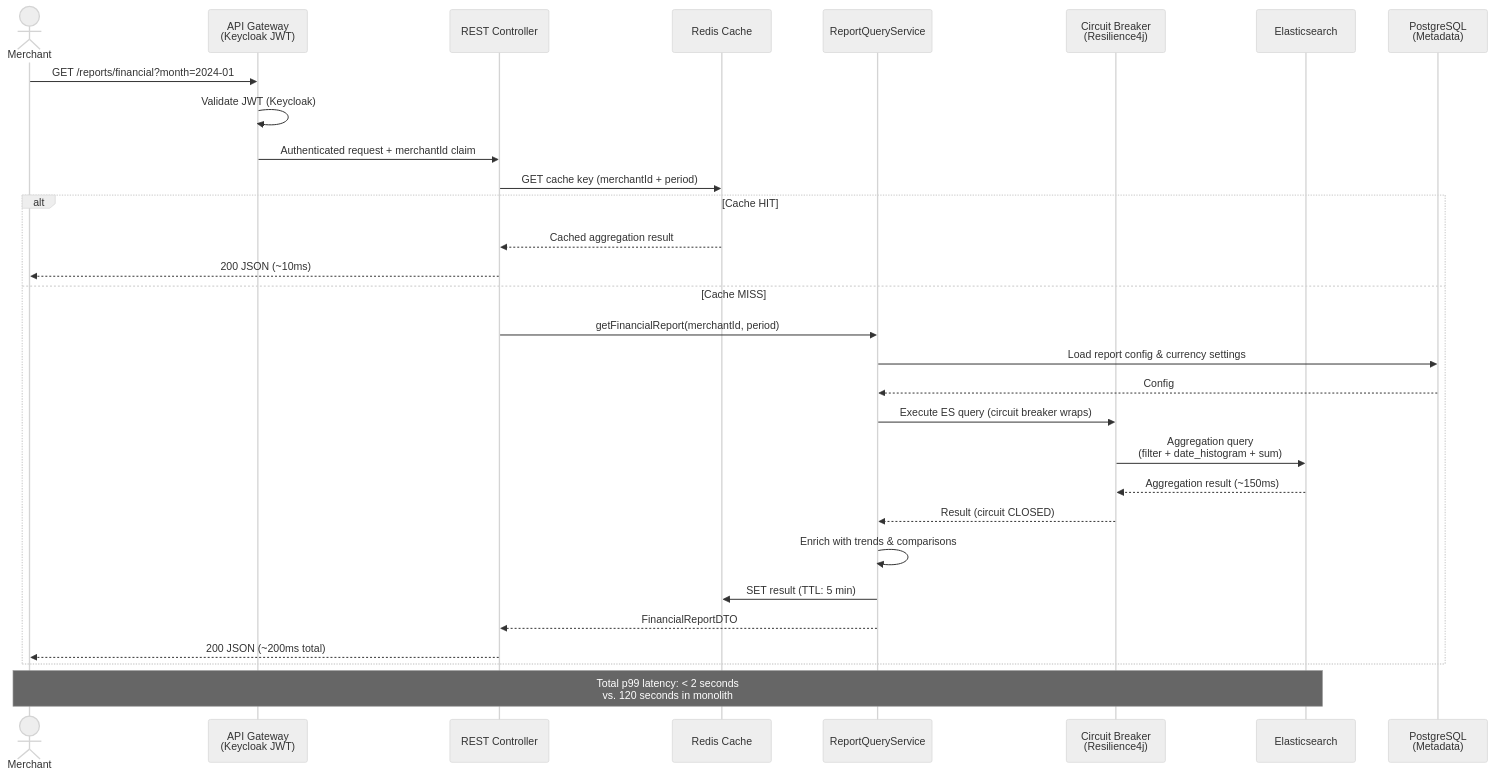
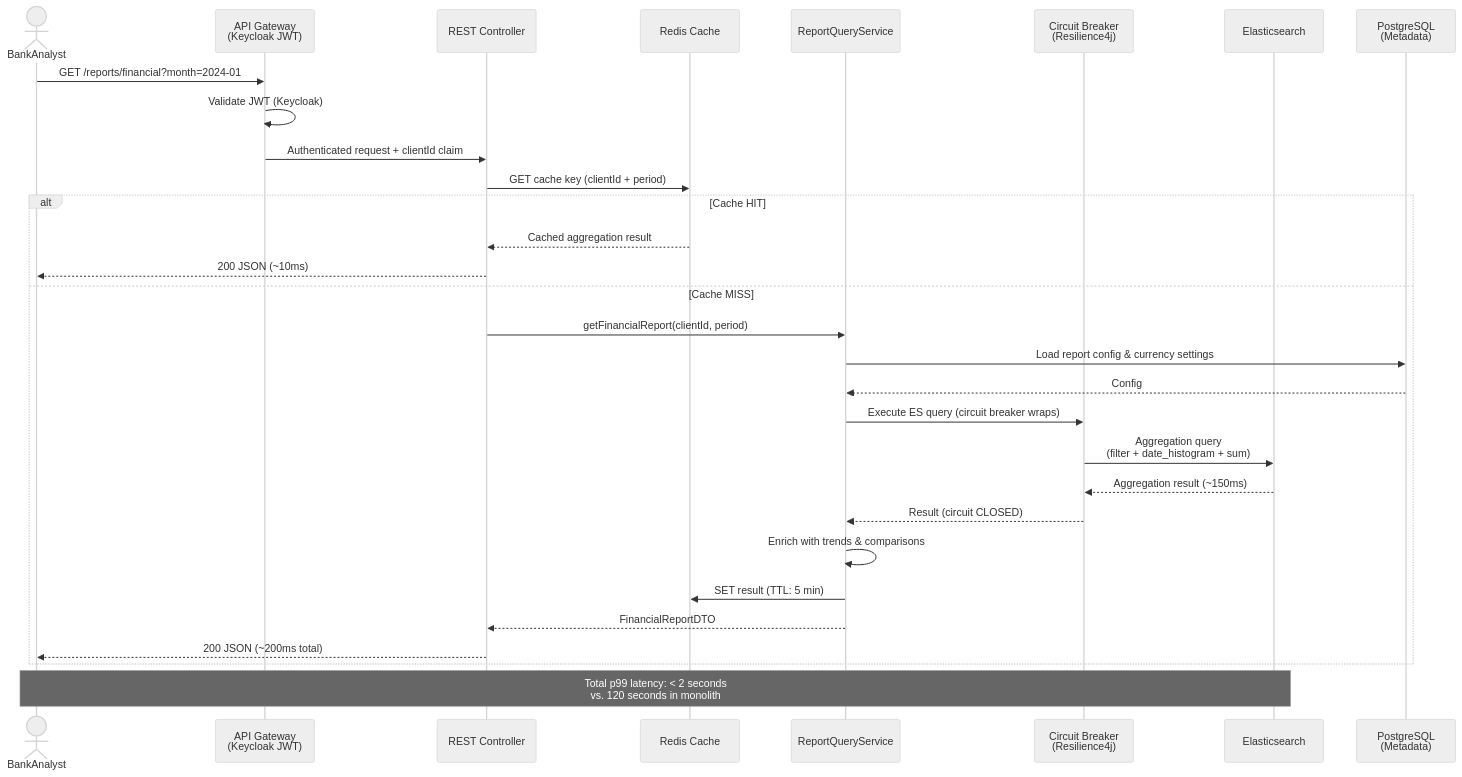
Diagram 11 of 12 in architecture and decoupling.md (makeitfine-org/reporting), drawn with Mermaid (neutral theme) before and after one commit. The commit also changed other lines of this file and 3 other files, not shown here.

Commit message:
docs: re-domain architecture doc from e-commerce to core banking

````diff
--- a/architecture and decoupling.md
+++ b/architecture and decoupling.md
@@ -739,37 +739,37 @@
 ```mermaid
 sequenceDiagram
-    actor Merchant
+    actor BankAnalyst
     participant GW as API Gateway<br/>(Keycloak JWT)
     participant API as REST Controller
     participant Cache as Redis Cache
     participant AppSvc as ReportQueryService
     participant CB as Circuit Breaker<br/>(Resilience4j)
     participant ES as Elasticsearch
     participant PG as PostgreSQL<br/>(Metadata)
 
-    Merchant->>GW: GET /reports/financial?month=2024-01
+    BankAnalyst->>GW: GET /reports/financial?month=2024-01
     GW->>GW: Validate JWT (Keycloak)
-    GW->>API: Authenticated request + merchantId claim
+    GW->>API: Authenticated request + clientId claim
 
-    API->>Cache: GET cache key (merchantId + period)
+    API->>Cache: GET cache key (clientId + period)
     alt Cache HIT
         Cache-->>API: Cached aggregation result
-        API-->>Merchant: 200 JSON (~10ms)
+        API-->>BankAnalyst: 200 JSON (~10ms)
     else Cache MISS
-        API->>AppSvc: getFinancialReport(merchantId, period)
+        API->>AppSvc: getFinancialReport(clientId, period)
         AppSvc->>PG: Load report config & currency settings
         PG-->>AppSvc: Config
 
         AppSvc->>CB: Execute ES query (circuit breaker wraps)
         CB->>ES: Aggregation query<br/>(filter + date_histogram + sum)
         ES-->>CB: Aggregation result (~150ms)
         CB-->>AppSvc: Result (circuit CLOSED)
 
         AppSvc->>AppSvc: Enrich with trends & comparisons
         AppSvc->>Cache: SET result (TTL: 5 min)
         AppSvc-->>API: FinancialReportDTO
-        API-->>Merchant: 200 JSON (~200ms total)
+        API-->>BankAnalyst: 200 JSON (~200ms total)
     end
 
-    Note over Merchant,ES: Total p99 latency: < 2 seconds<br/>vs. 120 seconds in monolith
+    Note over BankAnalyst,ES: Total p99 latency: < 2 seconds<br/>vs. 120 seconds in monolith
 ```
````
